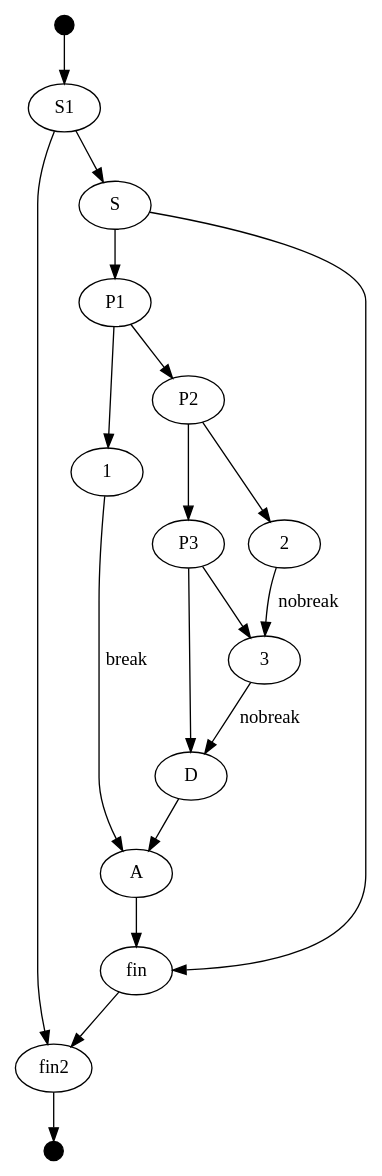
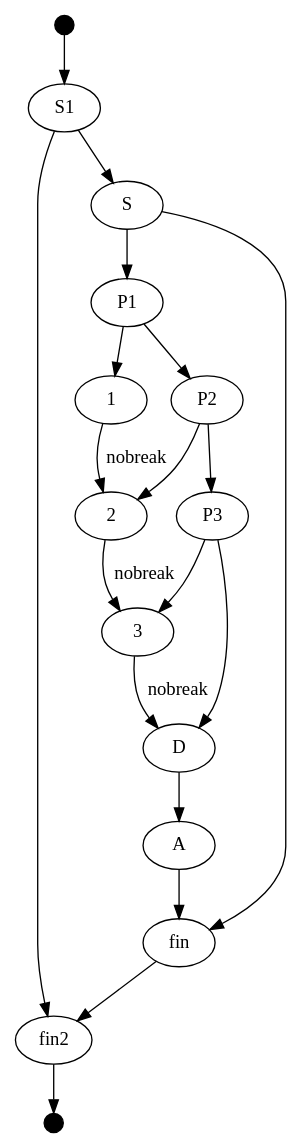
The diagram in graphs/switch.gv (jindrapetrik/graphs), drawn with Graphviz before and after one commit. The commit also changed 1 other file, not shown here.

```diff
--- a/graphs/switch.gv
+++ b/graphs/switch.gv
@@ -1,41 +1,41 @@
 /*
 switch(P){
    case 1:
       1
       (break)
    case 2:
        2
        (break)
    case 3:
        3
        (break);     
     default:
         D
 }
 A
 */
 digraph x {
 start [shape="point" width="0.2"]
 start -> S1
 S1 -> fin2;
 S1 -> S;
 S -> fin;
 fin->fin2;
 S -> "P1";
 "P1" -> "P2";
 "P1" -> 1;
 "P2" -> "P3";
 "P2" -> 2;
 "P3" -> 3;
 "P3" -> D;
-//1 -> 2 [ label="nobreak"];
+1 -> 2 [ label="nobreak"];
 2 -> 3 [ label="nobreak"];
 3 -> D [ label="nobreak"];
-1 -> A [ label="break"];
+//1 -> A [ label="break"];
 //2 -> A [ label="break"];
 //3 ->A [ label="break"];
 D ->A;
 A -> fin;
 fin2-> end;
 end [shape="point" width="0.2"]
 }
```
